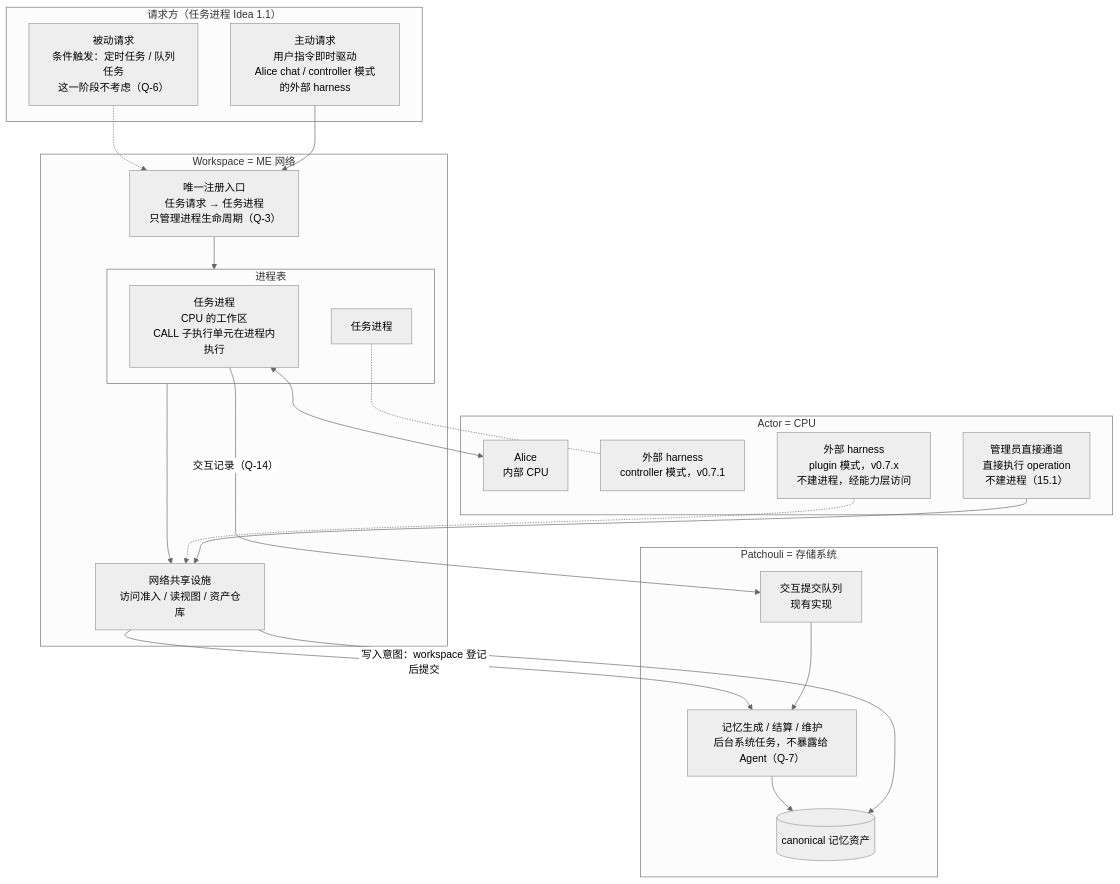
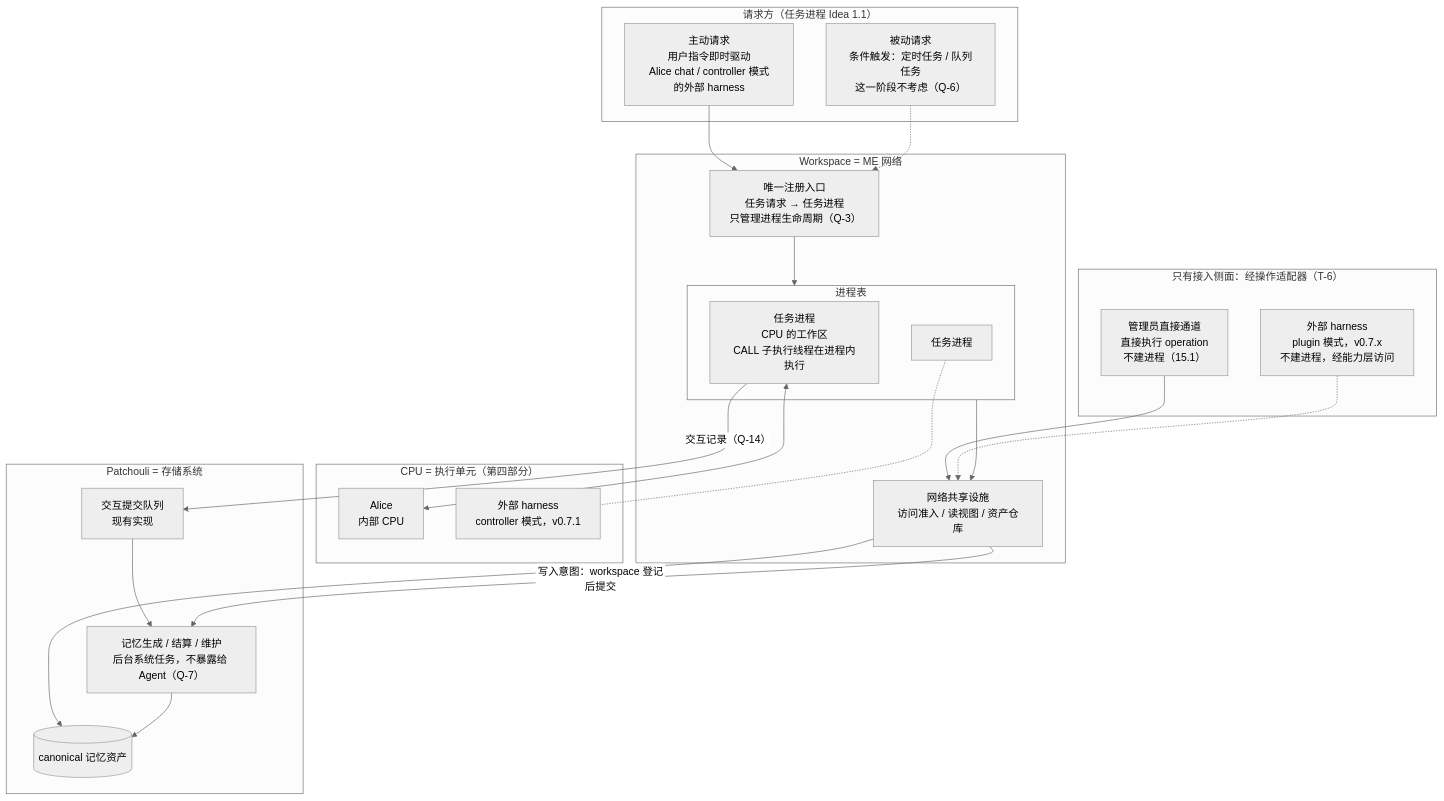
Before and after one commit to artemis03976/HiveMemory: the second of 5 diagrams in docs/ideas/workspace-network-task-process-architecture.md, drawn with Mermaid (neutral theme). The commit also changed other lines of this file and 13 other files, not shown here.

````diff
--- a/docs/ideas/workspace-network-task-process-architecture.md
+++ b/docs/ideas/workspace-network-task-process-architecture.md
@@ -170,42 +177,45 @@
 ```mermaid
 flowchart TB
     subgraph REQS["请求方（任务进程 Idea 1.1）"]
         ACT["主动请求<br/>用户指令即时驱动<br/>Alice chat / controller 模式的外部 harness"]
         PAS["被动请求<br/>条件触发：定时任务 / 队列任务<br/>这一阶段不考虑（Q-6）"]
     end
 
     subgraph NET["Workspace = ME 网络"]
         ENTRY["唯一注册入口<br/>任务请求 → 任务进程<br/>只管理进程生命周期（Q-3）"]
         subgraph PT["进程表"]
-            P1["任务进程<br/>CPU 的工作区<br/>CALL 子执行单元在进程内执行"]
+            P1["任务进程<br/>CPU 的工作区<br/>CALL 子执行线程在进程内执行"]
             P2["任务进程"]
         end
         SHARED["网络共享设施<br/>访问准入 / 读视图 / 资产仓库"]
     end
 
-    subgraph CPUS["Actor = CPU"]
+    subgraph CPUS["CPU = 执行单元（第四部分）"]
         ALICE["Alice<br/>内部 CPU"]
         HARN["外部 harness<br/>controller 模式，v0.7.1"]
+    end
+
+    subgraph ACCESS["只有接入侧面：经操作适配器（T-6）"]
         PLUG["外部 harness<br/>plugin 模式，v0.7.x<br/>不建进程，经能力层访问"]
         ADMIN["管理员直接通道<br/>直接执行 operation<br/>不建进程（15.1）"]
     end
 
     subgraph LIB["Patchouli = 存储系统"]
         SUBQ["交互提交队列<br/>现有实现"]
         GEN["记忆生成 / 结算 / 维护<br/>后台系统任务，不暴露给 Agent（Q-7）"]
         STORE[("canonical 记忆资产")]
     end
 
     ACT --> ENTRY
     PAS -.-> ENTRY
     ENTRY --> PT
     P1 <--> ALICE
     P2 -.- HARN
     ADMIN --> SHARED
     PLUG -.-> SHARED
     PT --> SHARED
     SHARED --> STORE
     SUBQ --> GEN --> STORE
     P1 -- "交互记录（Q-14）" --> SUBQ
     SHARED -- "写入意图：workspace 登记后提交" --> GEN
 ```
````
